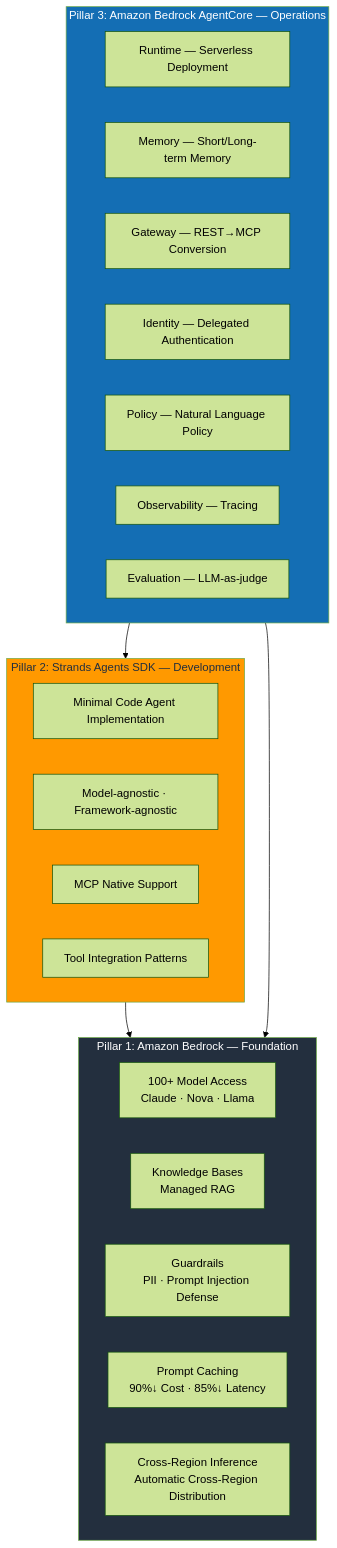
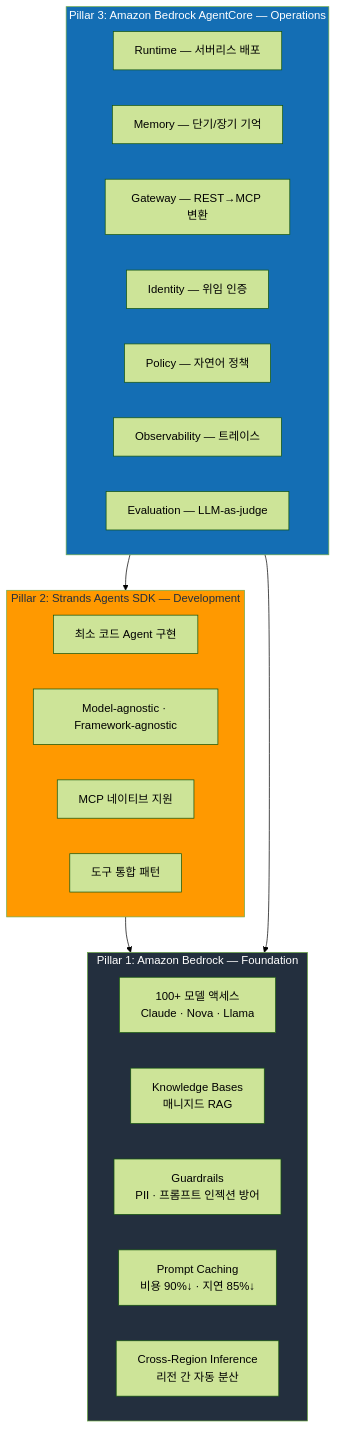
The first of 5 diagrams in i18n/en/docusaurus-plugin-content-docs/current/agentic-ai-platform/design-architecture/aws-native-agentic-platform.md (devfloor9/engineering-playbook), drawn with Mermaid (forest theme) before and after one commit. The commit also changed other lines of this file and 23 other files, not shown here.

````diff
--- a/i18n/en/docusaurus-plugin-content-docs/current/agentic-ai-platform/design-architecture/aws-native-agentic-platform.md
+++ b/i18n/en/docusaurus-plugin-content-docs/current/agentic-ai-platform/design-architecture/aws-native-agentic-platform.md
@@ -39,35 +57,35 @@
 ```mermaid
 graph TB
     subgraph Pillar1["Pillar 1: Amazon Bedrock — Foundation"]
-        B1["100+ Model Access<br/>Claude · Nova · Llama"]
-        B2["Knowledge Bases<br/>Managed RAG"]
-        B3["Guardrails<br/>PII · Prompt Injection Defense"]
-        B4["Prompt Caching<br/>90%↓ Cost · 85%↓ Latency"]
-        B5["Cross-Region Inference<br/>Automatic Cross-Region Distribution"]
+        B1["100+ 모델 액세스<br/>Claude · Nova · Llama"]
+        B2["Knowledge Bases<br/>매니지드 RAG"]
+        B3["Guardrails<br/>PII · 프롬프트 인젝션 방어"]
+        B4["Prompt Caching<br/>비용 90%↓ · 지연 85%↓"]
+        B5["Cross-Region Inference<br/>리전 간 자동 분산"]
     end
 
     subgraph Pillar2["Pillar 2: Strands Agents SDK — Development"]
-        S1["Minimal Code Agent Implementation"]
+        S1["최소 코드 Agent 구현"]
         S2["Model-agnostic · Framework-agnostic"]
-        S3["MCP Native Support"]
-        S4["Tool Integration Patterns"]
+        S3["MCP 네이티브 지원"]
+        S4["도구 통합 패턴"]
     end
 
     subgraph Pillar3["Pillar 3: Amazon Bedrock AgentCore — Operations"]
-        A1["Runtime — Serverless Deployment"]
-        A2["Memory — Short/Long-term Memory"]
-        A3["Gateway — REST→MCP Conversion"]
-        A4["Identity — Delegated Authentication"]
-        A5["Policy — Natural Language Policy"]
-        A6["Observability — Tracing"]
+        A1["Runtime — 서버리스 배포"]
+        A2["Memory — 단기/장기 기억"]
+        A3["Gateway — REST→MCP 변환"]
+        A4["Identity — 위임 인증"]
+        A5["Policy — 자연어 정책"]
+        A6["Observability — 트레이스"]
         A7["Evaluation — LLM-as-judge"]
     end
 
     Pillar2 --> Pillar1
     Pillar3 --> Pillar2
     Pillar3 --> Pillar1
 
     style Pillar1 fill:#232F3E,color:#fff
     style Pillar2 fill:#FF9900,color:#232F3E
     style Pillar3 fill:#146EB4,color:#fff
 ```
````
